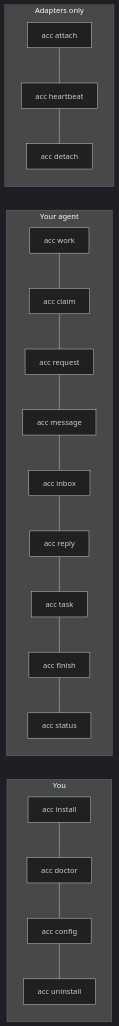
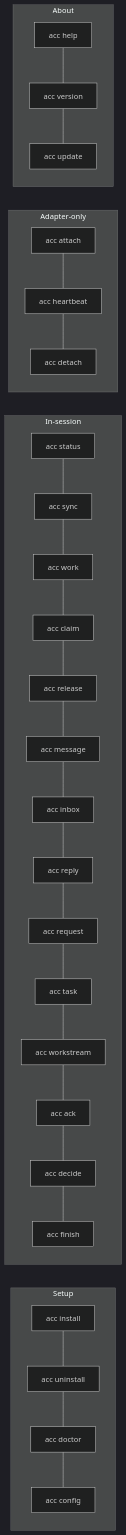
The diagram in docs/CLI.md (automatis-tools/agents-can-communicate), drawn with Mermaid (dark theme) before and after one commit. The commit also changed other lines of this file and 1 other file, not shown here.

````diff
--- a/docs/CLI.md
+++ b/docs/CLI.md
@@ -28,12 +16,15 @@
 ```mermaid
 graph LR
-  subgraph You
-    I[acc install] --- D[acc doctor] --- CF[acc config] --- UN[acc uninstall]
+  subgraph Setup
+    I[acc install] --- UN[acc uninstall] --- D[acc doctor] --- CF[acc config]
   end
-  subgraph Your agent
-    W[acc work] --- CL[acc claim] --- RQ[acc request] --- MS[acc message] --- IN[acc inbox] --- RP[acc reply] --- TK[acc task] --- FN[acc finish] --- ST[acc status]
+  subgraph In-session
+    ST[acc status] --- SY[acc sync] --- W[acc work] --- CL[acc claim] --- RL[acc release] --- MS[acc message] --- IN[acc inbox] --- RP[acc reply] --- RQ[acc request] --- TK[acc task] --- WS[acc workstream] --- AK[acc ack] --- DC[acc decide] --- FN[acc finish]
   end
-  subgraph Adapters only
+  subgraph Adapter-only
     AT[acc attach] --- HB[acc heartbeat] --- DT[acc detach]
   end
+  subgraph About
+    HP[acc help] --- VR[acc version] --- UP[acc update]
+  end
 ```
````
